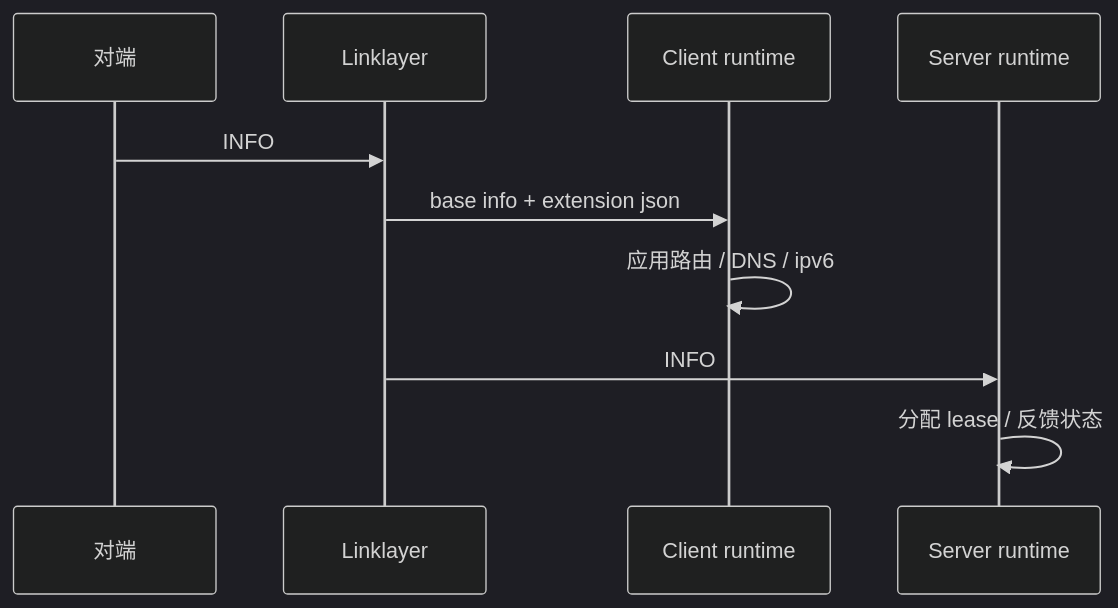
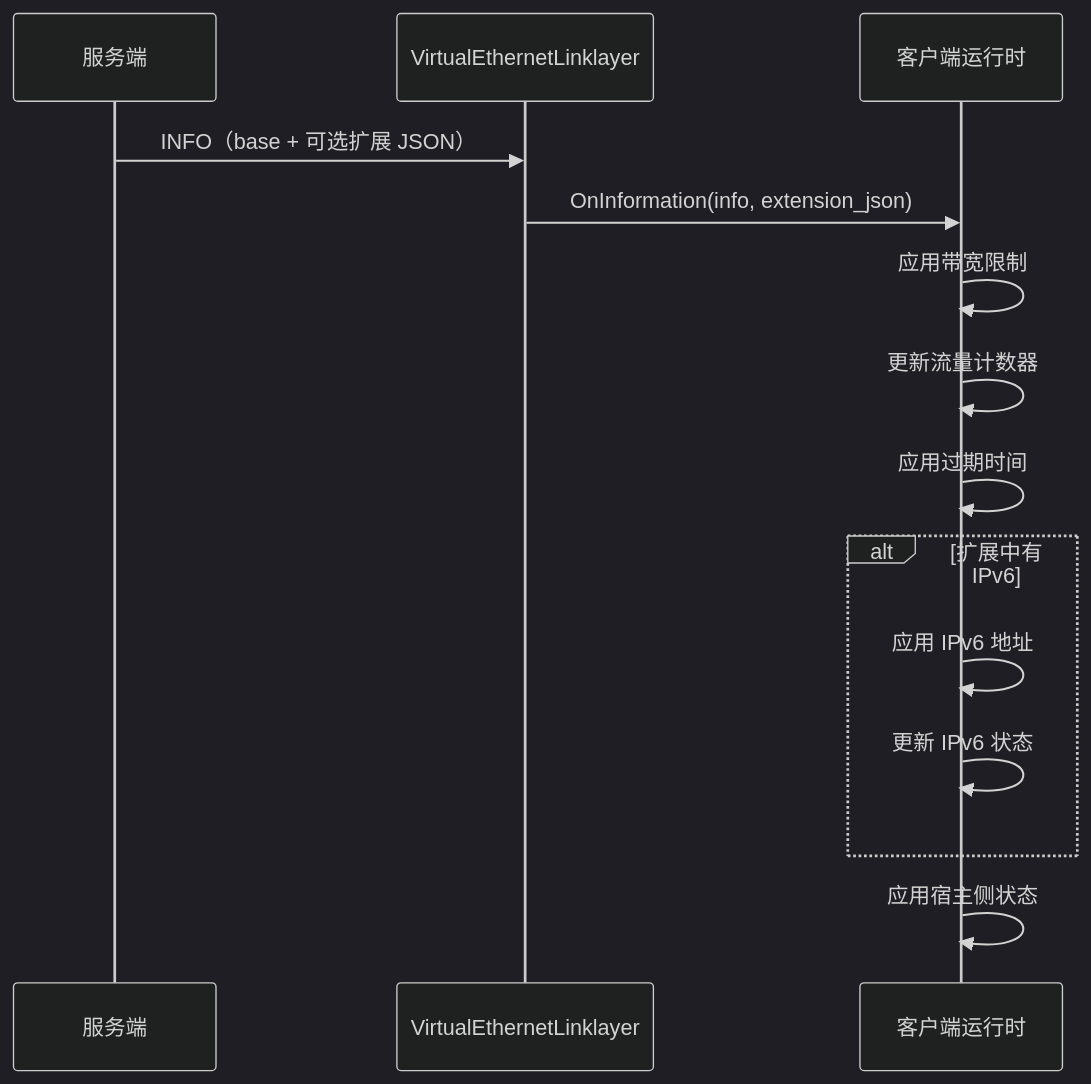
One commit to HyacinthHaru/openppp2 changed the fourth of 12 diagrams in docs/LINKLAYER_PROTOCOL_CN.md. Above: the diagram before and after it, drawn with Mermaid (dark theme). The commit also changed other lines of this file and 93 other files, not shown here.

````diff
--- a/docs/LINKLAYER_PROTOCOL_CN.md
+++ b/docs/LINKLAYER_PROTOCOL_CN.md
@@ -95,12 +145,17 @@
 ```mermaid
 sequenceDiagram
-    participant P as 对端
-    participant L as Linklayer
-    participant C as Client runtime
-    participant S as Server runtime
-    P->>L: INFO
-    L->>C: base info + extension json
-    C->>C: 应用路由 / DNS / ipv6
-    L->>S: INFO
-    S->>S: 分配 lease / 反馈状态
+    participant Server as 服务端
+    participant Linklayer as VirtualEthernetLinklayer
+    participant Client as 客户端运行时
+
+    Server->>Linklayer: INFO（base + 可选扩展 JSON）
+    Linklayer->>Client: OnInformation(info, extension_json)
+    Client->>Client: 应用带宽限制
+    Client->>Client: 更新流量计数器
+    Client->>Client: 应用过期时间
+    alt 扩展中有 IPv6
+        Client->>Client: 应用 IPv6 地址
+        Client->>Client: 更新 IPv6 状态
+    end
+    Client->>Client: 应用宿主侧状态
 ```
````
